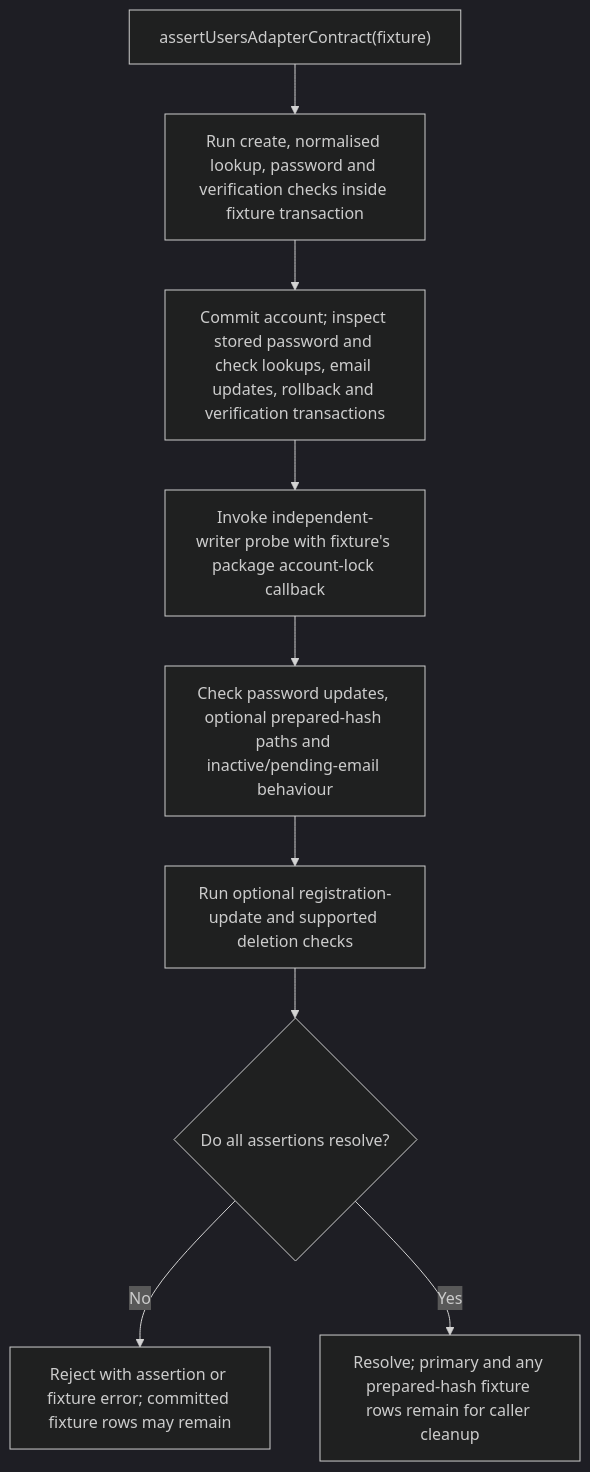
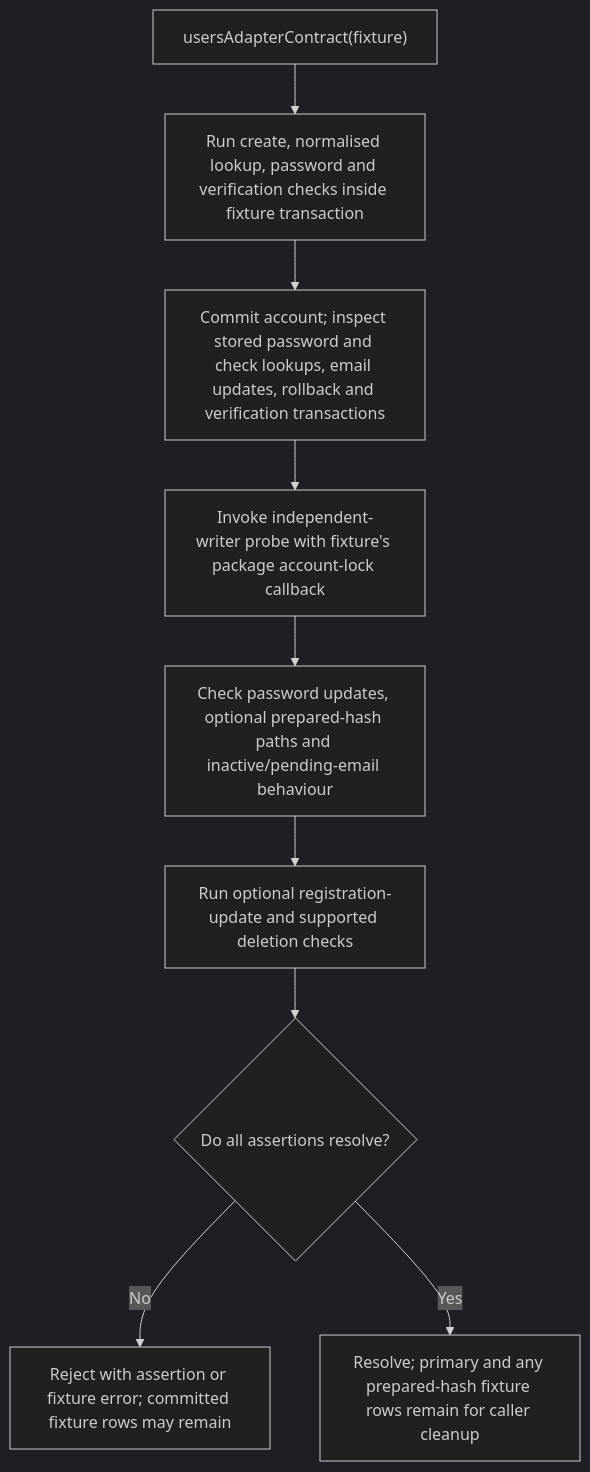
Before and after one commit to Kevinjohn/oss-adonisjs-account-kit: the second of 2 diagrams in user-stories/US-ACCOUNT-54-check-custom-adapter-contract.md, drawn with Mermaid (dark theme). The commit also changed other lines of this file and 570 other files, not shown here.

````diff
--- a/user-stories/US-ACCOUNT-54-check-custom-adapter-contract.md
+++ b/user-stories/US-ACCOUNT-54-check-custom-adapter-contract.md
@@ -34,11 +34,11 @@
 ```mermaid
 flowchart TD
- A["assertUsersAdapterContract(fixture)"] --> B["Run create, normalised lookup, password and verification checks inside fixture transaction"]
+ A["usersAdapterContract(fixture)"] --> B["Run create, normalised lookup, password and verification checks inside fixture transaction"]
  B --> C["Commit account; inspect stored password and check lookups, email updates, rollback and verification transactions"]
  C --> D["Invoke independent-writer probe with fixture's package account-lock callback"]
  D --> E["Check password updates, optional prepared-hash paths and inactive/pending-email behaviour"]
  E --> F["Run optional registration-update and supported deletion checks"]
  F --> G{"Do all assertions resolve?"}
  G -->|No| H["Reject with assertion or fixture error; committed fixture rows may remain"]
  G -->|Yes| I["Resolve; primary and any prepared-hash fixture rows remain for caller cleanup"]
 ```
````
